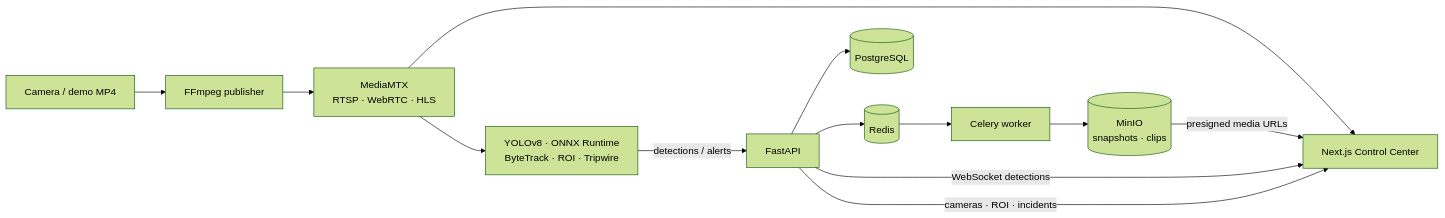
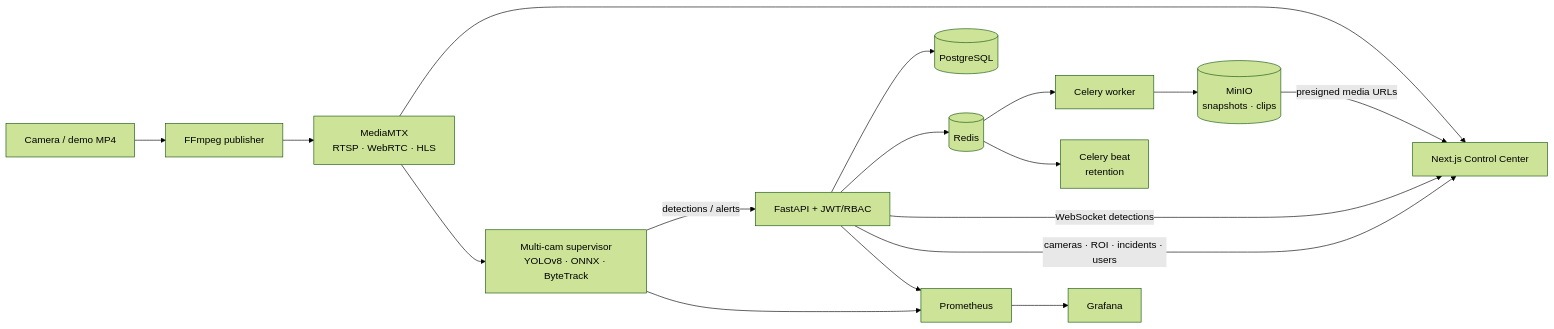
Before and after one commit to AyoubElKharraf/VisionOps-AI: the diagram in README.md, drawn with Mermaid (forest theme). The commit also changed other lines of this file, not shown here.

````diff
--- a/README.md
+++ b/README.md
@@ -71,16 +76,20 @@
 ```mermaid
 flowchart LR
     Source[Camera / demo MP4] --> Publisher[FFmpeg publisher]
     Publisher --> MediaMTX[MediaMTX<br/>RTSP · WebRTC · HLS]
     MediaMTX --> Browser[Next.js Control Center]
-    MediaMTX --> Engine[YOLOv8 · ONNX Runtime<br/>ByteTrack · ROI · Tripwire]
+    MediaMTX --> Engine[Multi-cam supervisor<br/>YOLOv8 · ONNX · ByteTrack]
 
-    Engine -->|detections / alerts| API[FastAPI]
+    Engine -->|detections / alerts| API[FastAPI + JWT/RBAC]
     API --> Postgres[(PostgreSQL)]
     API --> Redis[(Redis)]
     Redis --> Worker[Celery worker]
+    Redis --> Beat[Celery beat<br/>retention]
     Worker --> MinIO[(MinIO<br/>snapshots · clips)]
     API -->|WebSocket detections| Browser
-    API -->|cameras · ROI · incidents| Browser
+    API -->|cameras · ROI · incidents · users| Browser
     MinIO -->|presigned media URLs| Browser
+    API --> Prom[Prometheus]
+    Engine --> Prom
+    Prom --> Grafana[Grafana]
 ```
````
